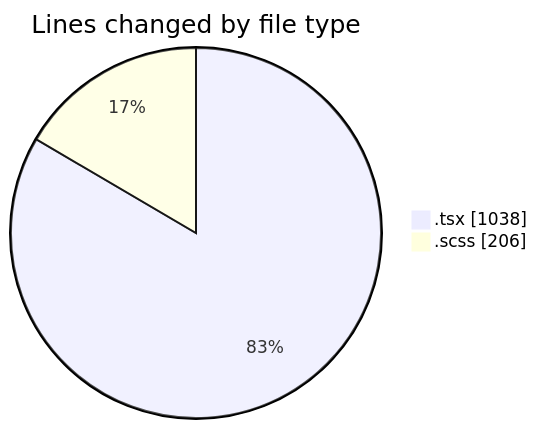
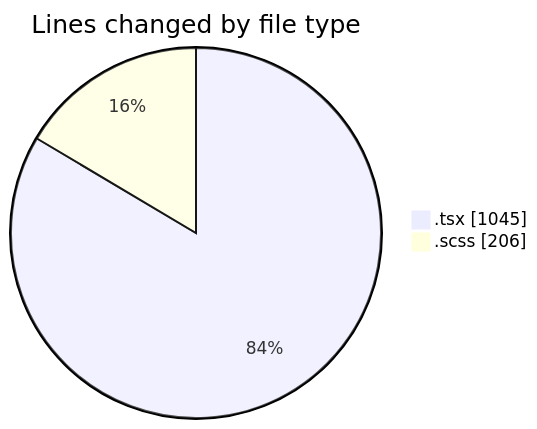
One commit to momahboobian/code-tracking changed the first of 2 diagrams in 2026-04-23/cda/README.md. Above: the diagram before and after it, drawn with Mermaid. The commit also changed other lines of this file and 1 other file, not shown here.

````diff
--- a/2026-04-23/cda/README.md
+++ b/2026-04-23/cda/README.md
@@ -27,6 +27,6 @@
 ```mermaid
 pie showData
 title Lines changed by file type
-".tsx" : 1038
+".tsx" : 1045
 ".scss" : 206
 ```
````
